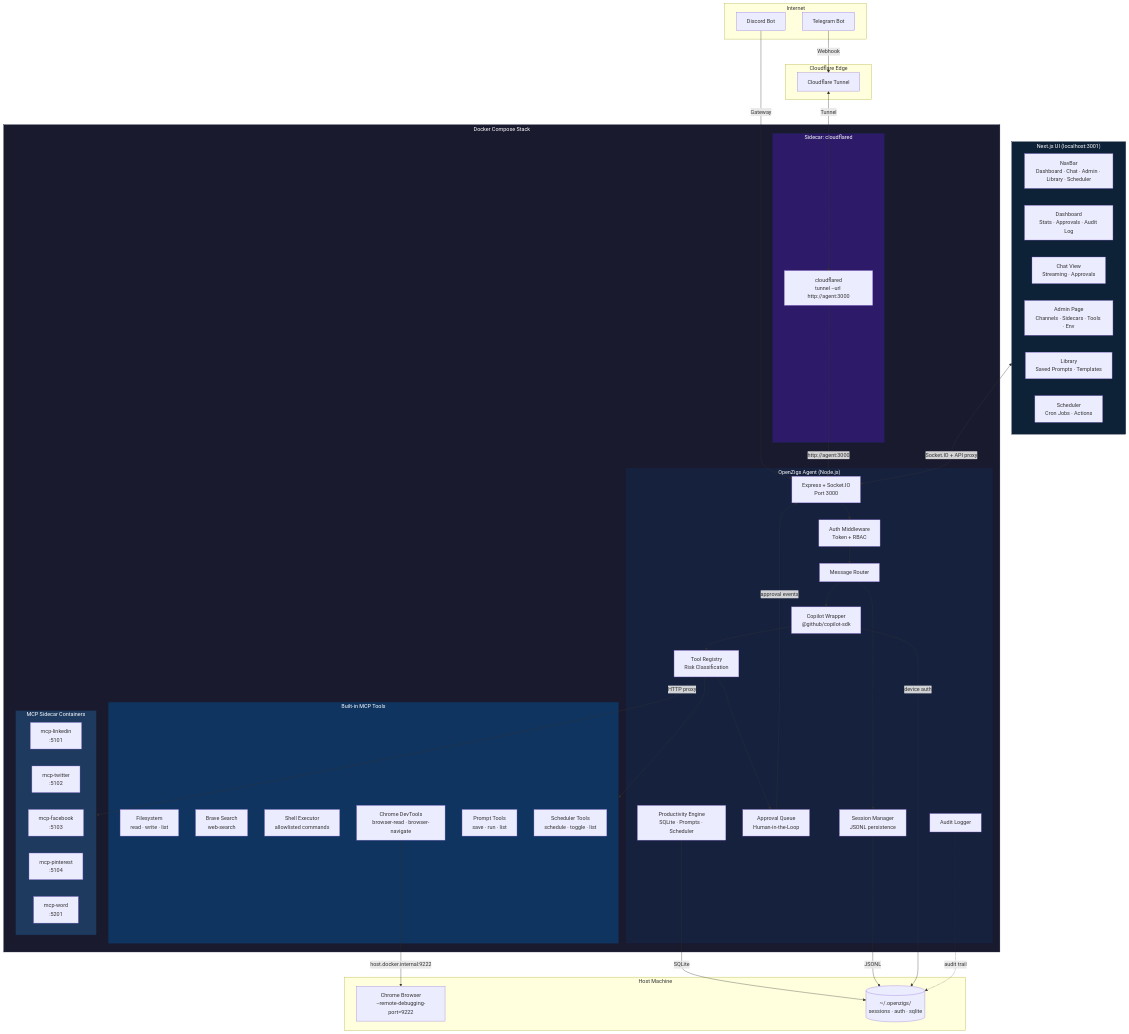
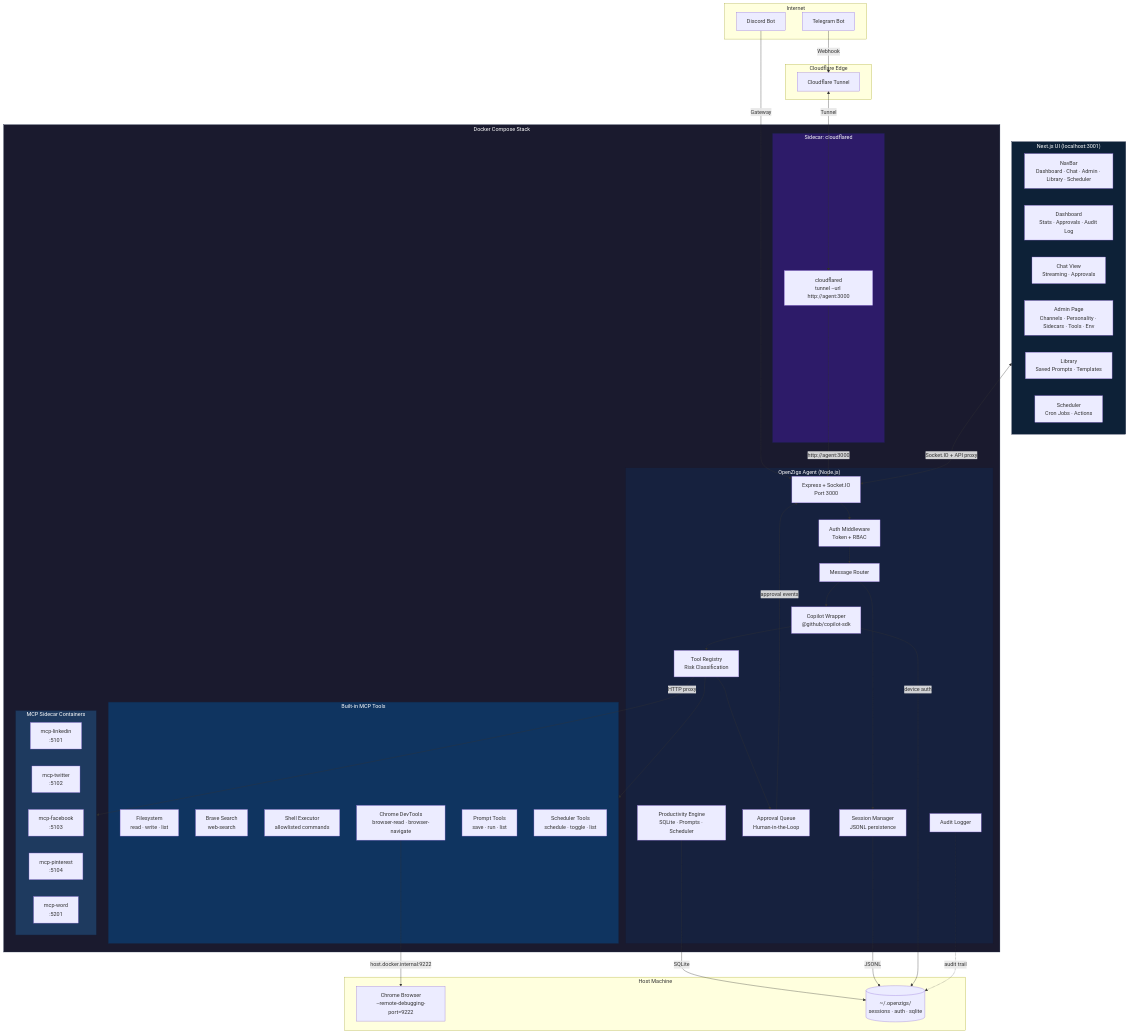
One commit to openzigs/openzigs changed the first of 5 diagrams in docs/ARCHITECTURE.md. Above: the diagram before and after it, drawn with Mermaid. The commit also changed other lines of this file and 8 other files, not shown here.

```diff
--- a/docs/ARCHITECTURE.md
+++ b/docs/ARCHITECTURE.md
@@ -70,7 +70,7 @@
         NAV[NavBar<br/>Dashboard · Chat · Admin · Library · Scheduler]
         DASH[Dashboard<br/>Stats · Approvals · Audit Log]
         CHAT[Chat View<br/>Streaming · Approvals]
-        ADMIN[Admin Page<br/>Channels · Sidecars · Tools · Env]
+        ADMIN[Admin Page<br/>Channels · Personality · Sidecars · Tools · Env]
         LIB[Library<br/>Saved Prompts · Templates]
         SCHED[Scheduler<br/>Cron Jobs · Actions]
     end
```
